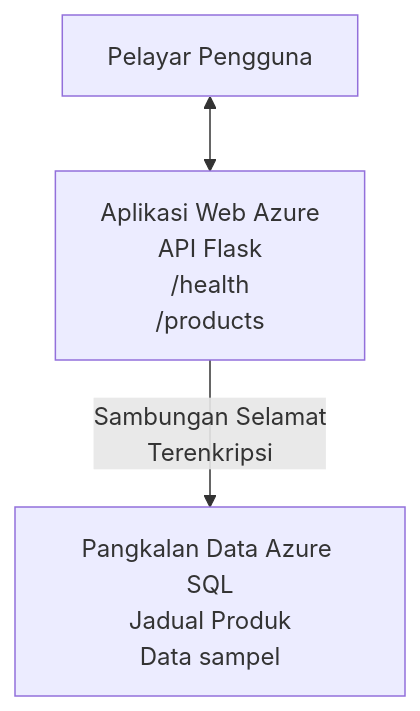
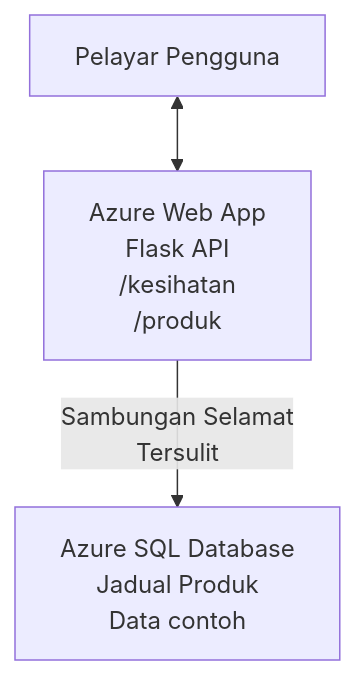
One commit to microsoft/AZD-for-beginners changed the diagram in translations/ms/examples/database-app/README.md. Above: the diagram before and after it, drawn with Mermaid. The commit also changed other lines of this file and 101 other files, not shown here.

````diff
--- a/translations/ms/examples/database-app/README.md
+++ b/translations/ms/examples/database-app/README.md
@@ -72,5 +72,5 @@
 ```mermaid
 graph TD
-    Browser[Pelayar Pengguna] <--> WebApp[Aplikasi Web Azure<br/>API Flask<br/>/health<br/>/products]
-    WebApp -- Sambungan Selamat<br/>Terenkripsi --> SQL[Pangkalan Data Azure SQL<br/>Jadual Produk<br/>Data sampel]
+    Browser[Pelayar Pengguna] <--> WebApp[Azure Web App<br/>Flask API<br/>/kesihatan<br/>/produk]
+    WebApp -- Sambungan Selamat<br/>Tersulit --> SQL[Azure SQL Database<br/>Jadual Produk<br/>Data contoh]
 ```
````
